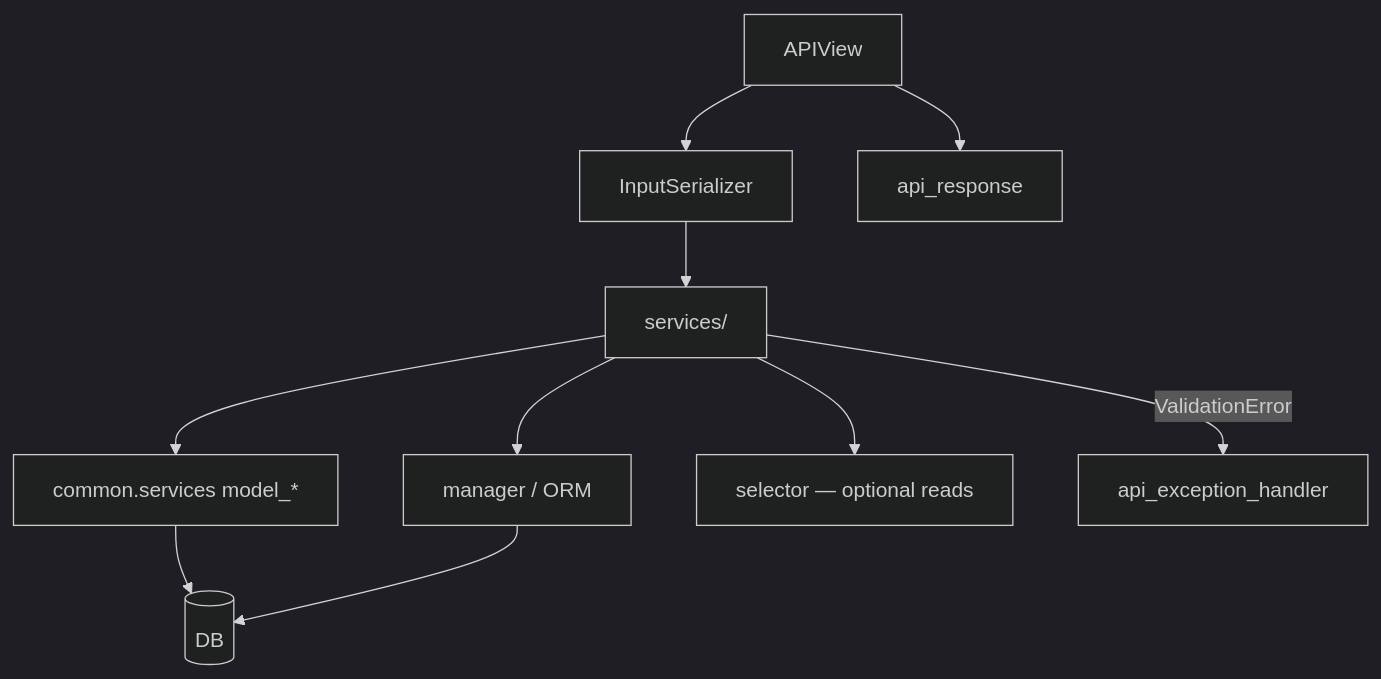
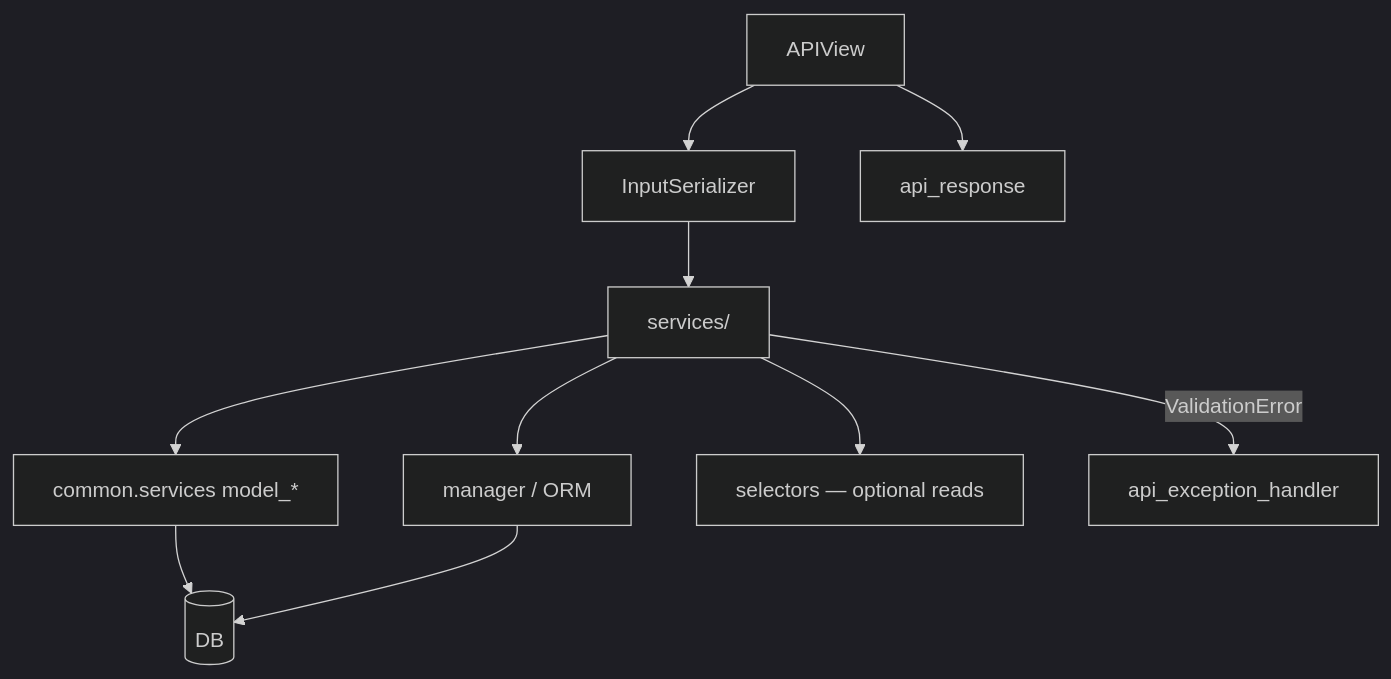
Before and after one commit to alidanial7/django-style-guide: the first of 2 diagrams in {{cookiecutter.project_name}}/docs/style-guide/layers/services.md, drawn with Mermaid (dark theme). The commit also changed other lines of this file and 29 other files, not shown here.

````diff
--- a/{{cookiecutter.project_name}}/docs/style-guide/layers/services.md
+++ b/{{cookiecutter.project_name}}/docs/style-guide/layers/services.md
@@ -11,12 +11,12 @@
 ```mermaid
 flowchart TB
     API[APIView] --> SER[InputSerializer]
     SER --> SVC[services/]
     SVC --> HELP["common.services model_*"]
     SVC --> MGR[manager / ORM]
-    SVC --> SEL[selector — optional reads]
+    SVC --> SEL[selectors — optional reads]
     HELP --> DB[(DB)]
     MGR --> DB
     SVC -->|ValidationError| ENV[api_exception_handler]
     API --> ENV2[api_response]
 ```
````
